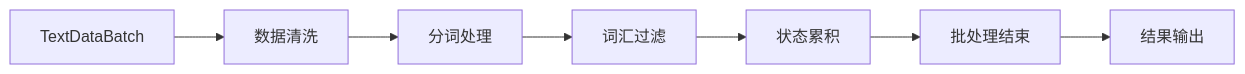
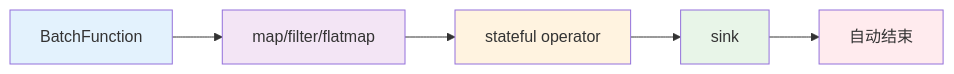
The diagram in docs_src/get_start/streaming/limited_streaming.md (peilin9990/SAGE-Pub), drawn with Mermaid before and after one commit. The commit also changed other lines of this file and 1 other file, not shown here.

````diff
--- a/docs_src/get_start/streaming/limited_streaming.md
+++ b/docs_src/get_start/streaming/limited_streaming.md
@@ -39,9 +16,13 @@
 ```mermaid
 graph LR
-    A[TextDataBatch] --> B[数据清洗]
-    B --> C[分词处理]
-    C --> D[词汇过滤]
-    D --> E[状态累积]
-    E --> F[批处理结束]
-    F --> G[结果输出]
+    A[BatchFunction] --> B[map/filter/flatmap]
+    B --> C[stateful operator]
+    C --> D[sink]
+    D --> E[自动结束]
+    
+    style A fill:#e3f2fd
+    style B fill:#f3e5f5
+    style C fill:#fff3e0
+    style D fill:#e8f5e8
+    style E fill:#ffebee
 ```
````
